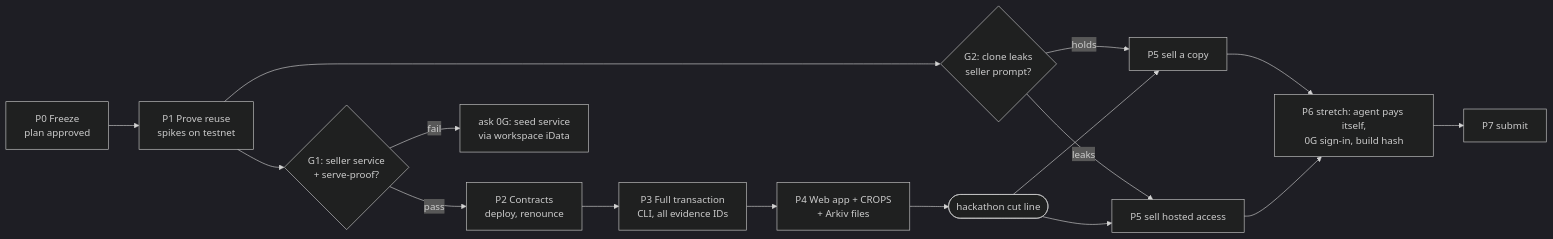
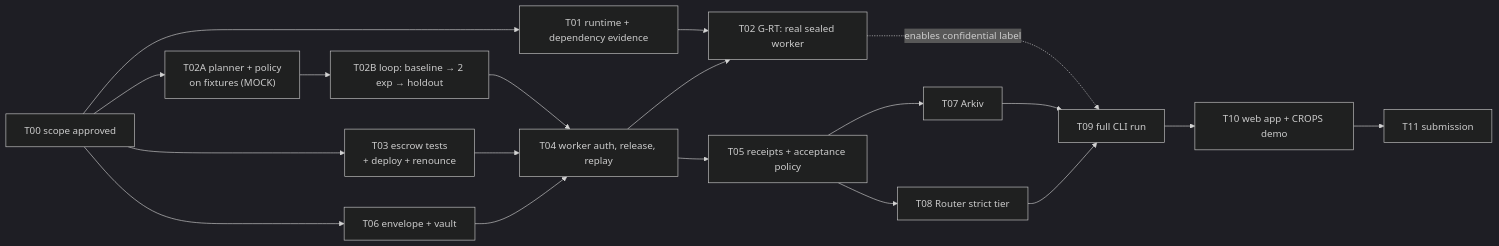
One commit to Soni-Shivam/Pivot_HTE changed diagram 16 of 16 in docs/ARCHITECTURE.md. Above: the diagram before and after it, drawn with Mermaid (dark theme). The commit also changed other lines of this file and 9 other files, not shown here.

First line of the commit message:
Revise plan after PR review: restore customization agent and two-party worker

````diff
--- a/docs/ARCHITECTURE.md
+++ b/docs/ARCHITECTURE.md
@@ -399,16 +435,20 @@
 ```mermaid
 flowchart LR
-    P0["P0 Freeze<br/>plan approved"] --> P1["P1 Prove reuse<br/>spikes on testnet"]
-    P1 --> G1{"G1: seller service<br/>+ serve-proof?"}
-    P1 --> G2{"G2: clone leaks<br/>seller prompt?"}
-    G1 -- "pass" --> P2["P2 Contracts<br/>deploy, renounce"]
-    G1 -- "fail" --> ASK["ask 0G: seed service<br/>via workspace iData"]
-    P2 --> P3["P3 Full transaction<br/>CLI, all evidence IDs"]
-    P3 --> P4["P4 Web app + CROPS<br/>+ Arkiv files"]
-    P4 --> CUT(["hackathon cut line"])
-    G2 -- "holds" --> P5A["P5 sell a copy"]
-    G2 -- "leaks" --> P5B["P5 sell hosted access"]
-    CUT --> P5A & P5B
-    P5A & P5B --> P6["P6 stretch: agent pays itself,<br/>0G sign-in, build hash"]
-    P6 --> P7["P7 submit"]
+    T00["T00 scope approved"] --> T01["T01 runtime + dependency evidence"]
+    T00 --> T02A["T02A planner + policy<br/>on fixtures (MOCK)"]
+    T00 --> T03["T03 escrow tests<br/>+ deploy + renounce"]
+    T00 --> T06["T06 envelope + vault"]
+    T01 --> T02["T02 G-RT: real sealed worker"]
+    T04 --> T02
+    T02A --> T02B["T02B loop: baseline → 2 exp → holdout"]
+    T03 --> T04["T04 worker auth, release, replay"]
+    T06 --> T04
+    T02B --> T04
+    T04 --> T05["T05 receipts + acceptance policy"]
+    T05 --> T07["T07 Arkiv"]
+    T05 --> T08["T08 Router strict tier"]
+    T07 & T08 --> T09["T09 full CLI run"]
+    T09 --> T10["T10 web app + CROPS demo"]
+    T10 --> T11["T11 submission"]
+    T02 -. "enables confidential label" .-> T09
 ```
````
